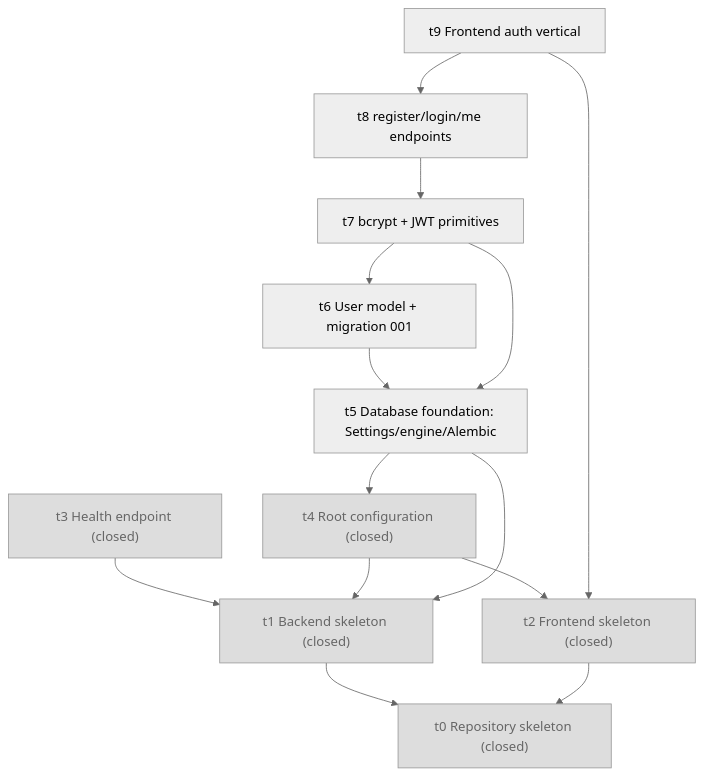
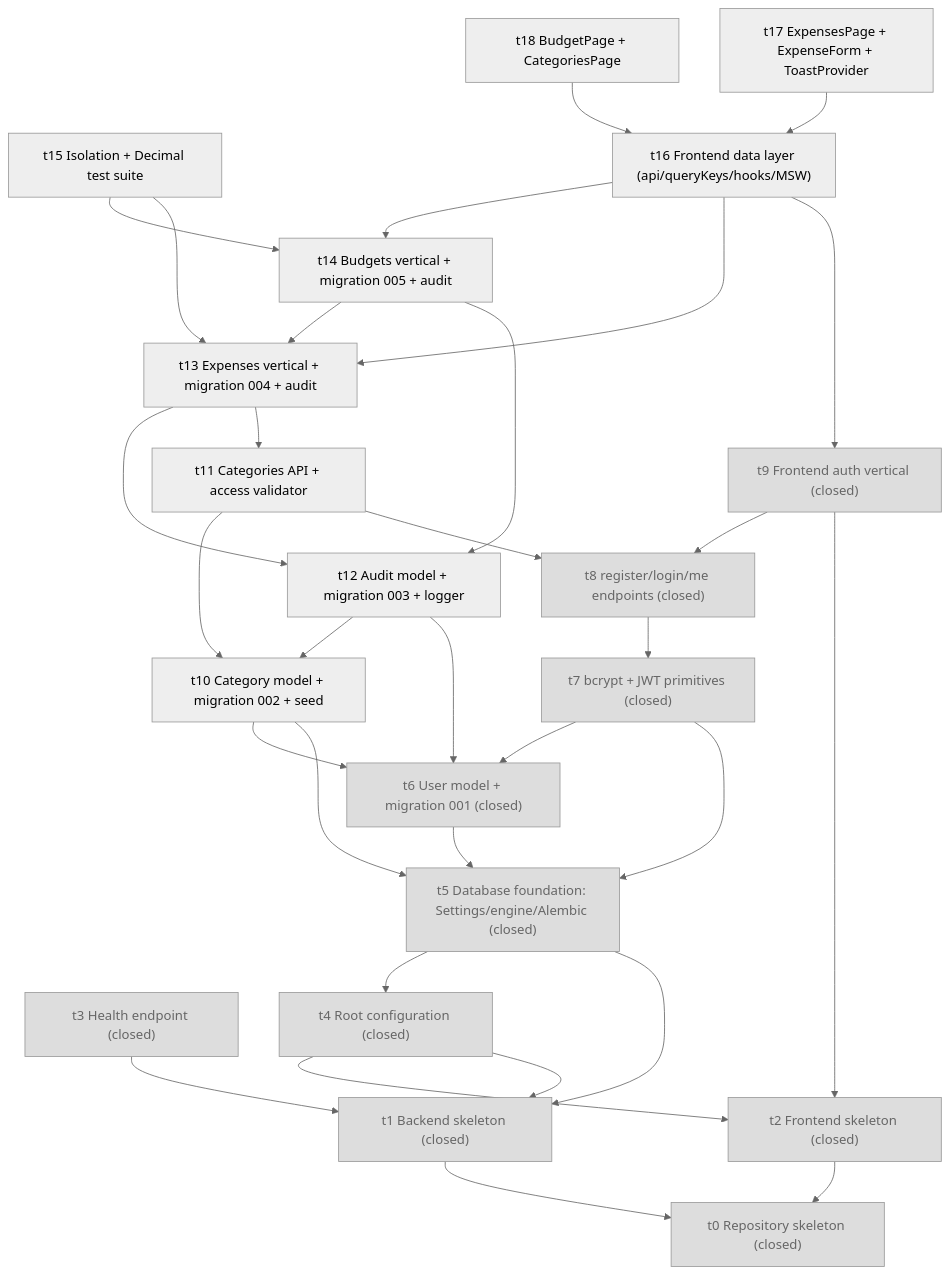
The diagram in docs/state/dag.mmd (HsiChinHuang/expense-tracker-dashboard), drawn with Mermaid (neutral theme) before and after one commit. The commit also changed 14 other files, not shown here.

First line of the commit message:
docs(phase_3_crud): survey COMPLETE - N=9 t10..t18, platform #13-#21

```diff
--- a/docs/state/dag.mmd
+++ b/docs/state/dag.mmd
@@ -1,30 +1,56 @@
-%% DAG visualization — regenerated by definer:survey for phase_2_auth (2026-10-07)
+%% DAG visualization — regenerated by definer:survey for phase_3_crud (2026-10-08)
 %% Edge direction: A --> B means A depends on B (B must land first).
 graph TD
   t0["t0 Repository skeleton (closed)"]
   t1["t1 Backend skeleton (closed)"]
   t2["t2 Frontend skeleton (closed)"]
   t3["t3 Health endpoint (closed)"]
   t4["t4 Root configuration (closed)"]
-  t5["t5 Database foundation: Settings/engine/Alembic"]
-  t6["t6 User model + migration 001"]
-  t7["t7 bcrypt + JWT primitives"]
-  t8["t8 register/login/me endpoints"]
-  t9["t9 Frontend auth vertical"]
+  t5["t5 Database foundation: Settings/engine/Alembic (closed)"]
+  t6["t6 User model + migration 001 (closed)"]
+  t7["t7 bcrypt + JWT primitives (closed)"]
+  t8["t8 register/login/me endpoints (closed)"]
+  t9["t9 Frontend auth vertical (closed)"]
+  t10["t10 Category model + migration 002 + seed"]
+  t11["t11 Categories API + access validator"]
+  t12["t12 Audit model + migration 003 + logger"]
+  t13["t13 Expenses vertical + migration 004 + audit"]
+  t14["t14 Budgets vertical + migration 005 + audit"]
+  t15["t15 Isolation + Decimal test suite"]
+  t16["t16 Frontend data layer (api/queryKeys/hooks/MSW)"]
+  t17["t17 ExpensesPage + ExpenseForm + ToastProvider"]
+  t18["t18 BudgetPage + CategoriesPage"]
 
   t1 --> t0
   t2 --> t0
   t3 --> t1
   t4 --> t1
   t4 --> t2
   t5 --> t1
   t5 --> t4
   t6 --> t5
   t7 --> t5
   t7 --> t6
   t8 --> t7
   t9 --> t2
   t9 --> t8
+  t10 --> t5
+  t10 --> t6
+  t11 --> t8
+  t11 --> t10
+  t12 --> t6
+  t12 --> t10
+  t13 --> t11
+  t13 --> t12
+  t14 --> t12
+  t14 --> t13
+  t15 --> t13
+  t15 --> t14
+  t16 --> t9
+  t16 --> t13
+  t16 --> t14
+  t17 --> t16
+  t18 --> t16
 
   classDef closed fill:#ddd,stroke:#999,color:#666;
-  class t0,t1,t2,t3,t4 closed;
+  class t0,t1,t2,t3,t4,t5,t6,t7,t8,t9 closed;
```
